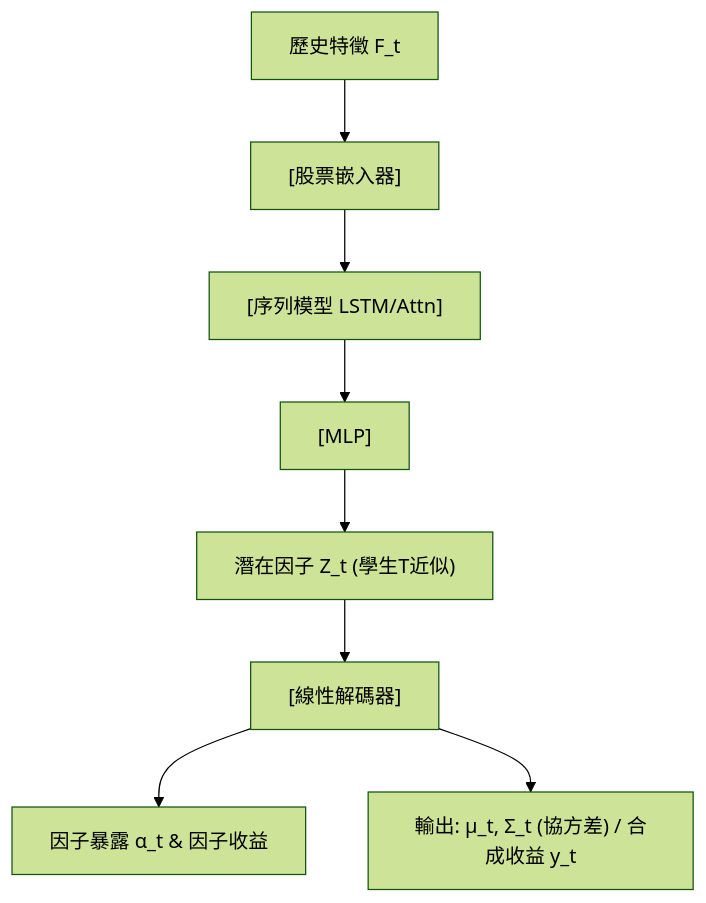
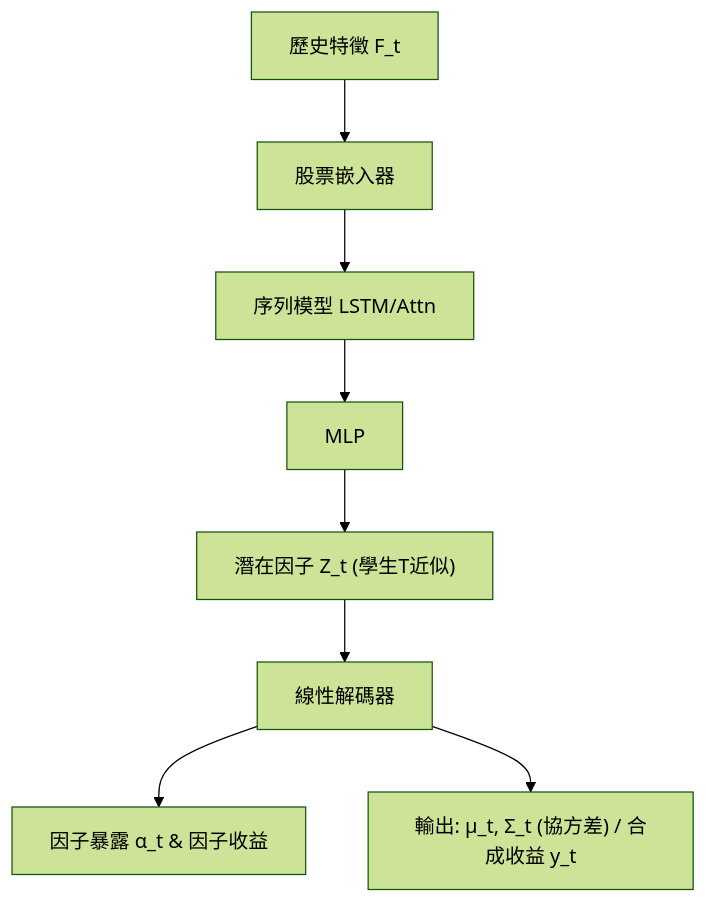
The diagram in foundations/factor-mining/neuralfactors.md (sou350121/Trading-Handbook), drawn with Mermaid (forest theme) before and after one commit. The commit also changed other lines of this file and 191 other files, not shown here.

First line of the commit message:
render: fix math + mermaid for GitHub across the corpus (188 pages)

````diff
--- a/foundations/factor-mining/neuralfactors.md
+++ b/foundations/factor-mining/neuralfactors.md
@@ -33,10 +33,10 @@
 ```mermaid
 flowchart TD
-    A["歷史特徵 F_t"] --> B["[股票嵌入器]"]
-    B["[股票嵌入器]"] --> C["[序列模型 LSTM/Attn]"]
-    C["[序列模型 LSTM/Attn]"] --> D["[MLP]"]
-    D["[MLP]"] --> E["潛在因子 Z_t (學生T近似)"]
-    E["潛在因子 Z_t (學生T近似)"] --> F["[線性解碼器]"]
-    F["[線性解碼器]"] --> G["因子暴露 α_t & 因子收益"]
-    F["[線性解碼器]"] --> H["輸出: μ_t, Σ_t (協方差) / 合成收益 y_t"]
+    A["歷史特徵 F_t"] --> B["股票嵌入器"]
+    B["股票嵌入器"] --> C["序列模型 LSTM/Attn"]
+    C["序列模型 LSTM/Attn"] --> D["MLP"]
+    D["MLP"] --> E["潛在因子 Z_t (學生T近似)"]
+    E["潛在因子 Z_t (學生T近似)"] --> F["線性解碼器"]
+    F["線性解碼器"] --> G["因子暴露 α_t &amp; 因子收益"]
+    F["線性解碼器"] --> H["輸出: μ_t, Σ_t (協方差) / 合成收益 y_t"]
 ```
````
